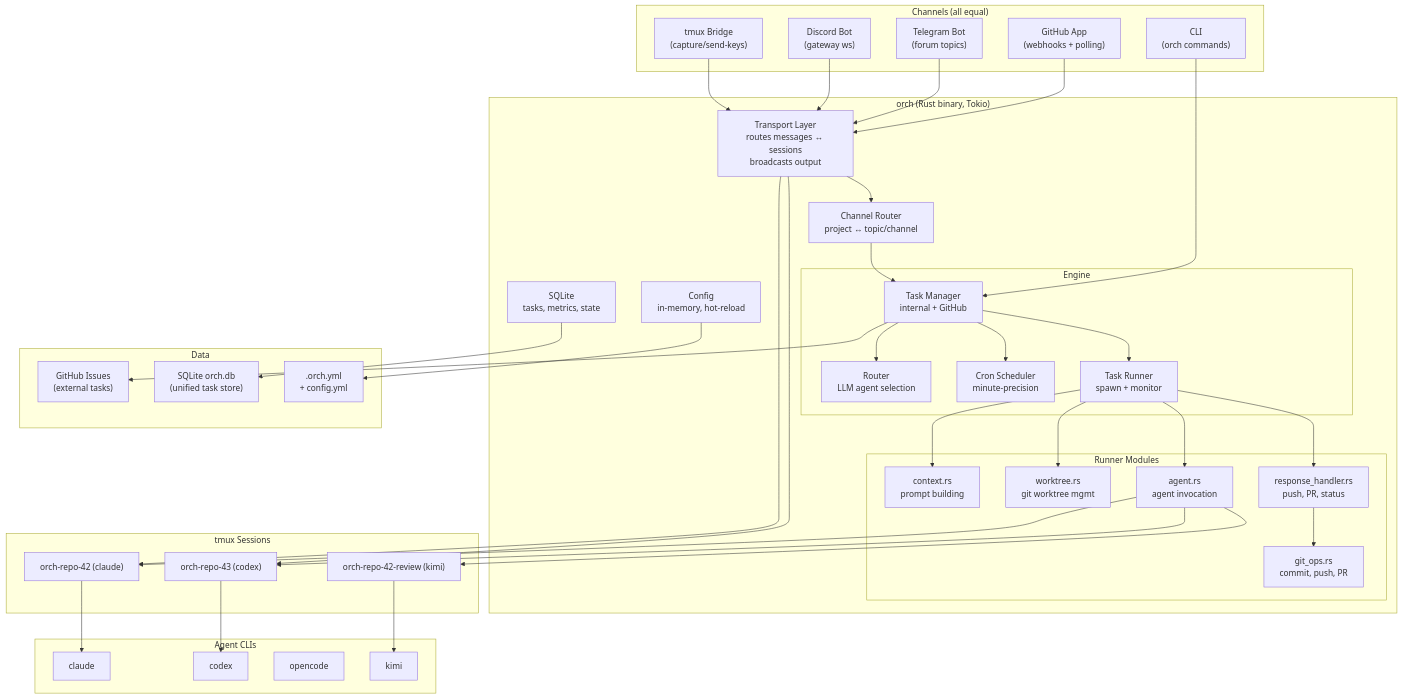
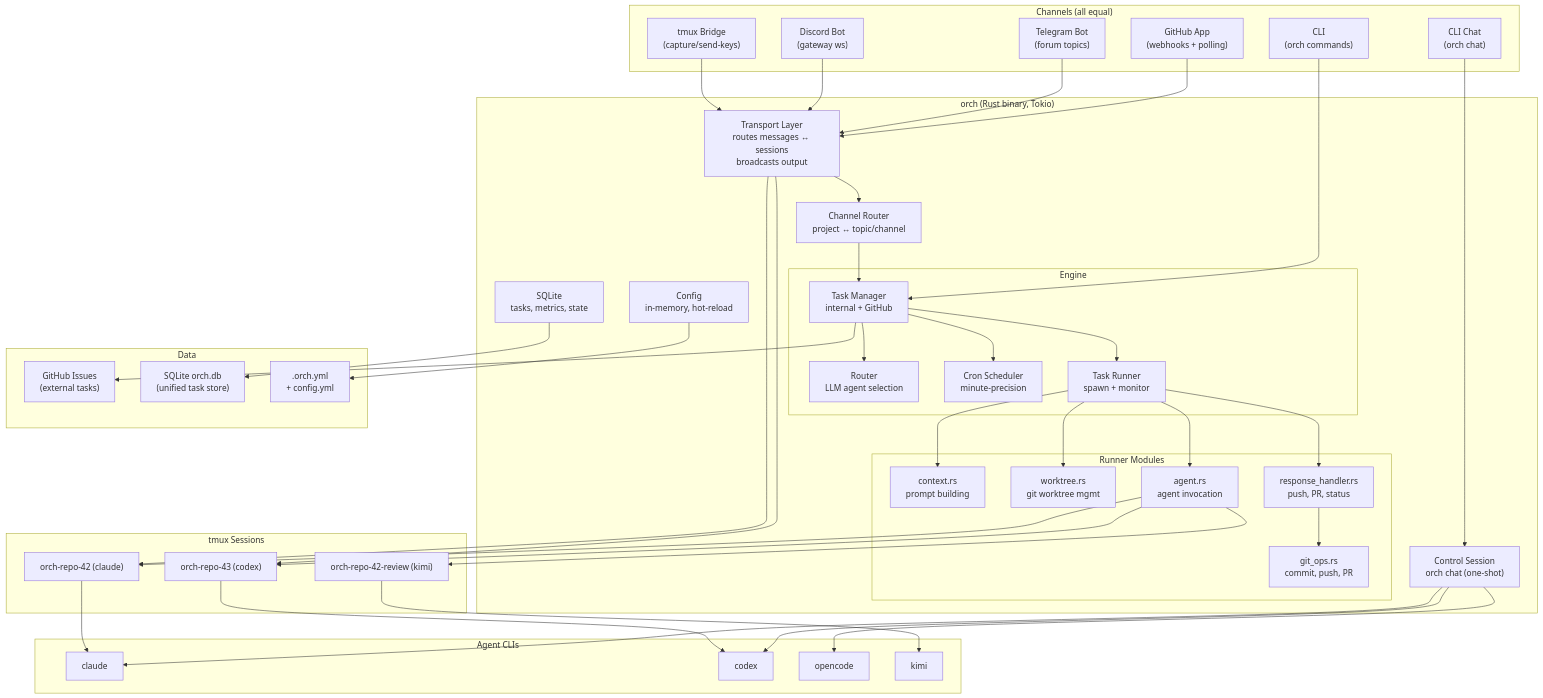
Before and after one commit to gabrielkoerich/orch: the first of 3 diagrams in docs/architecture.md, drawn with Mermaid. The commit also changed other lines of this file and 2 other files, not shown here.

First line of the commit message:
docs: update AGENTS.md, architecture.md, and README with stream + chat features

```diff
--- a/docs/architecture.md
+++ b/docs/architecture.md
@@ -12,10 +12,12 @@
         DC_CH["Discord Bot<br/>(gateway ws)"]
         TMUX_CH["tmux Bridge<br/>(capture/send-keys)"]
         CLI_CH["CLI<br/>(orch commands)"]
+        CHAT_CLI["CLI Chat<br/>(orch chat)"]
     end
 
     subgraph "orch (Rust binary, Tokio)"
         TRANSPORT["Transport Layer<br/>routes messages ↔ sessions<br/>broadcasts output"]
+        CONTROL["Control Session<br/>orch chat (one-shot)"]
 
         subgraph "Engine"
             TASKS["Task Manager<br/>internal + GitHub"]
@@ -61,6 +63,10 @@
     DC_CH --> TRANSPORT
     TMUX_CH --> TRANSPORT
     CLI_CH --> TASKS
+    CHAT_CLI --> CONTROL
+    CONTROL --> CL
+    CONTROL --> CO
+    CONTROL --> OC
 
     TRANSPORT --> CH_ROUTER
     CH_ROUTER --> TASKS
```
